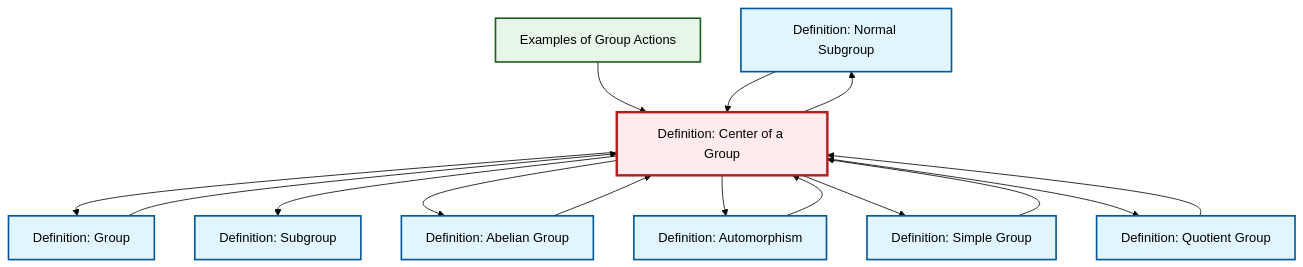
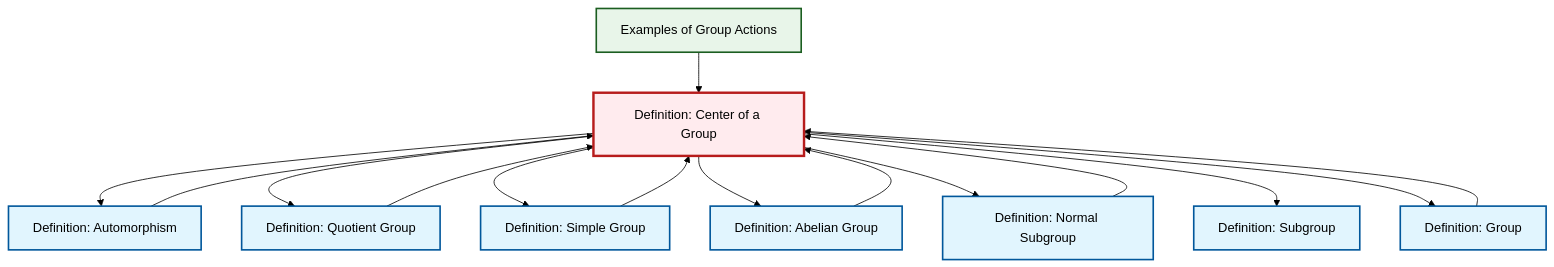
Before and after one commit to RK0429/ModernMath: the diagram in content/en/algebra/def-center-of-group.qmd, drawn with Mermaid (forest theme). The commit also changed other lines of this file and 328 other files, not shown here.

````diff
--- a/content/en/algebra/def-center-of-group.qmd
+++ b/content/en/algebra/def-center-of-group.qmd
@@ -111,41 +111,41 @@
 ```{mermaid}
 %%| fig-cap: "Local dependency graph"
 graph TD
     classDef definition fill:#e1f5fe,stroke:#01579b,stroke-width:2px
     classDef theorem fill:#f3e5f5,stroke:#4a148c,stroke-width:2px
     classDef axiom fill:#fff3e0,stroke:#e65100,stroke-width:2px
     classDef example fill:#e8f5e9,stroke:#1b5e20,stroke-width:2px
     classDef current fill:#ffebee,stroke:#b71c1c,stroke-width:3px
-    def-subgroup["Definition: Subgroup"]:::definition
-    def-normal-subgroup["Definition: Normal Subgroup"]:::definition
-    def-quotient-group["Definition: Quotient Group"]:::definition
     ex-group-action-examples["Examples of Group Actions"]:::example
     def-automorphism["Definition: Automorphism"]:::definition
+    def-normal-subgroup["Definition: Normal Subgroup"]:::definition
+    def-subgroup["Definition: Subgroup"]:::definition
+    def-simple-group["Definition: Simple Group"]:::definition
+    def-abelian-group["Definition: Abelian Group"]:::definition
     def-group["Definition: Group"]:::definition
     def-center-of-group["Definition: Center of a Group"]:::definition
-    def-simple-group["Definition: Simple Group"]:::definition
-    def-abelian-group["Definition: Abelian Group"]:::definition
+    def-quotient-group["Definition: Quotient Group"]:::definition
+    def-center-of-group --> def-automorphism
+    def-center-of-group --> def-quotient-group
+    def-quotient-group --> def-center-of-group
+    def-automorphism --> def-center-of-group
+    def-center-of-group --> def-simple-group
+    ex-group-action-examples --> def-center-of-group
+    def-center-of-group --> def-abelian-group
+    def-center-of-group --> def-normal-subgroup
+    def-center-of-group --> def-subgroup
+    def-simple-group --> def-center-of-group
     def-center-of-group --> def-group
-    ex-group-action-examples --> def-center-of-group
-    def-quotient-group --> def-center-of-group
-    def-center-of-group --> def-subgroup
     def-group --> def-center-of-group
-    def-automorphism --> def-center-of-group
-    def-center-of-group --> def-abelian-group
-    def-simple-group --> def-center-of-group
-    def-center-of-group --> def-normal-subgroup
+    def-normal-subgroup --> def-center-of-group
     def-abelian-group --> def-center-of-group
-    def-center-of-group --> def-automorphism
-    def-normal-subgroup --> def-center-of-group
-    def-center-of-group --> def-simple-group
-    def-center-of-group --> def-quotient-group
     class def-center-of-group current
-    click def-subgroup "def-subgroup.html" "Go to Subgroup definition"
-    click def-normal-subgroup "def-normal-subgroup.html" "Go to Normal Subgroup definition"
-    click def-quotient-group "def-quotient-group.html" "Go to Quotient Group definition"
     click ex-group-action-examples "ex-group-action-examples.html" "Go to Examples of Group Actions"
     click def-automorphism "def-automorphism.html" "Go to Automorphism definition"
-    click def-group "def-group.html" "Go to Group definition"
+    click def-normal-subgroup "def-normal-subgroup.html" "Go to Normal Subgroup definition"
+    click def-subgroup "def-subgroup.html" "Go to Subgroup definition"
     click def-simple-group "def-simple-group.html" "Go to Simple Group definition"
     click def-abelian-group "def-abelian-group.html" "Go to Abelian Group definition"
+    click def-group "def-group.html" "Go to Group definition"
+    click def-quotient-group "def-quotient-group.html" "Go to Quotient Group definition"
 ```
````
